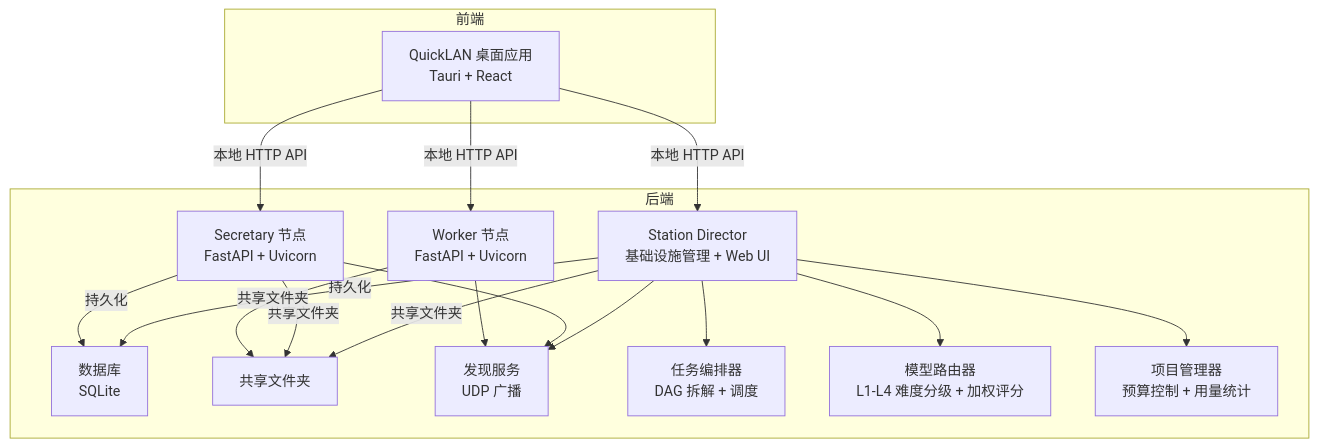
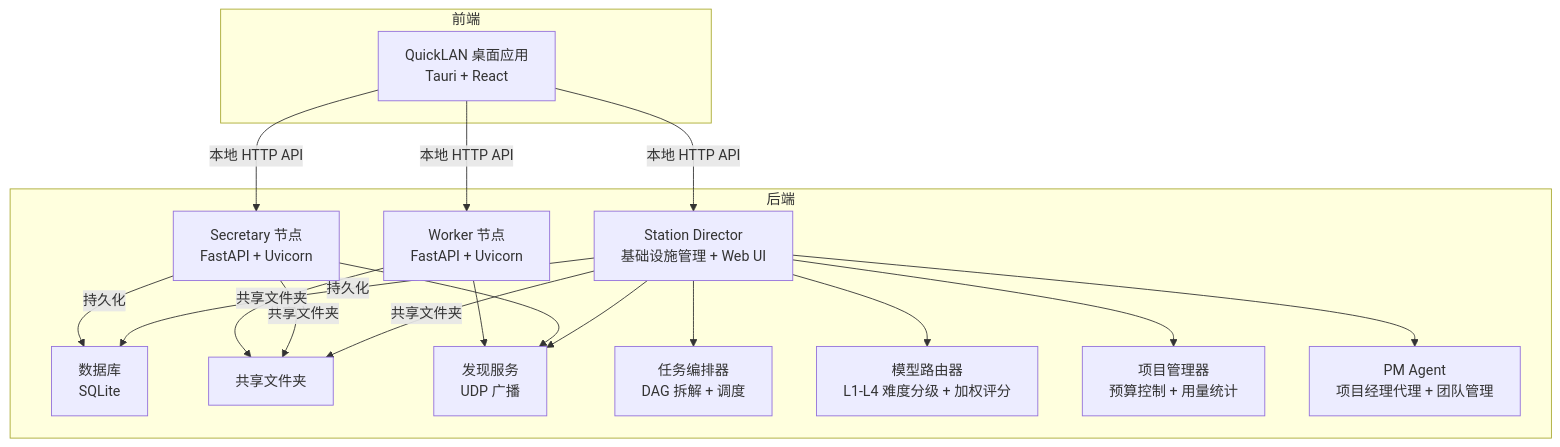
Before and after one commit to targalian/Personal-distributed-workstation: the first of 10 diagrams in .qoder/repowiki/zh/content/部署指南/部署指南.md, drawn with Mermaid. The commit also changed other lines of this file and 60 other files, not shown here.

````diff
--- a/.qoder/repowiki/zh/content/部署指南/部署指南.md
+++ b/.qoder/repowiki/zh/content/部署指南/部署指南.md
@@ -67,31 +73,33 @@
 ```mermaid
 graph TB
 subgraph "后端"
 SD["Station Director<br/>基础设施管理 + Web UI"]
 S["Secretary 节点<br/>FastAPI + Uvicorn"]
 W["Worker 节点<br/>FastAPI + Uvicorn"]
 D["数据库<br/>SQLite"]
 SF["共享文件夹"]
 N["发现服务<br/>UDP 广播"]
 OR["任务编排器<br/>DAG 拆解 + 调度"]
 MR["模型路由器<br/>L1-L4 难度分级 + 加权评分"]
 PM["项目管理器<br/>预算控制 + 用量统计"]
+PMA["PM Agent<br/>项目经理代理 + 团队管理"]
 end
 subgraph "前端"
 Q["QuickLAN 桌面应用<br/>Tauri + React"]
 end
 Q --> |"本地 HTTP API"| SD
 Q --> |"本地 HTTP API"| S
 Q --> |"本地 HTTP API"| W
 SD --> |"持久化"| D
 SD --> |"共享文件夹"| SF
 S --> |"持久化"| D
 S --> |"共享文件夹"| SF
 W --> |"共享文件夹"| SF
 SD --> N
 S --> N
 W --> N
 SD --> OR
 SD --> MR
 SD --> PM
+SD --> PMA
 ```
````
